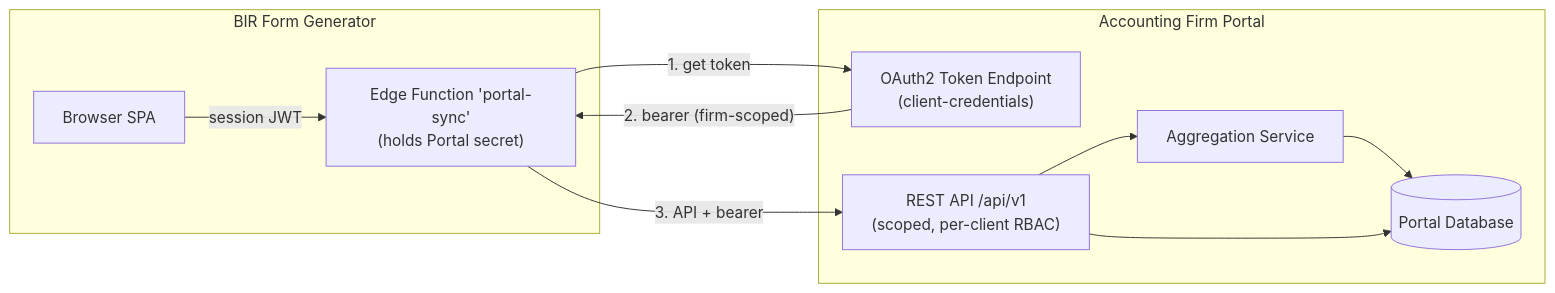
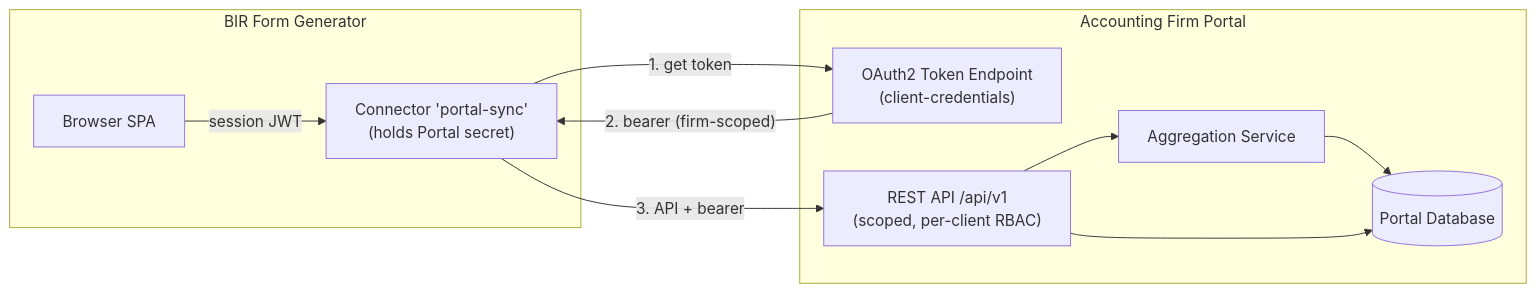
Diagram 12 of 14 in docs/system-design.md (markchrc2025/Accounting-Firm-Portal), drawn with Mermaid before and after one commit. The commit also changed other lines of this file and 1 other file, not shown here.

````diff
--- a/docs/system-design.md
+++ b/docs/system-design.md
@@ -1100,19 +1102,19 @@
 ```mermaid
 flowchart LR
     subgraph GEN["BIR Form Generator"]
         BROWSER["Browser SPA"]
-        EF["Edge Function 'portal-sync'<br/>(holds Portal secret)"]
+        EF["Connector 'portal-sync'<br/>(holds Portal secret)"]
     end
     subgraph PORTAL["Accounting Firm Portal"]
         OAUTH["OAuth2 Token Endpoint<br/>(client-credentials)"]
         API["REST API /api/v1<br/>(scoped, per-client RBAC)"]
         AGG["Aggregation Service"]
         DB[("Portal Database")]
     end
     BROWSER -->|"session JWT"| EF
     EF -->|"1. get token"| OAUTH
     OAUTH -->|"2. bearer (firm-scoped)"| EF
     EF -->|"3. API + bearer"| API
     API --> AGG --> DB
     API --> DB
 ```
````
